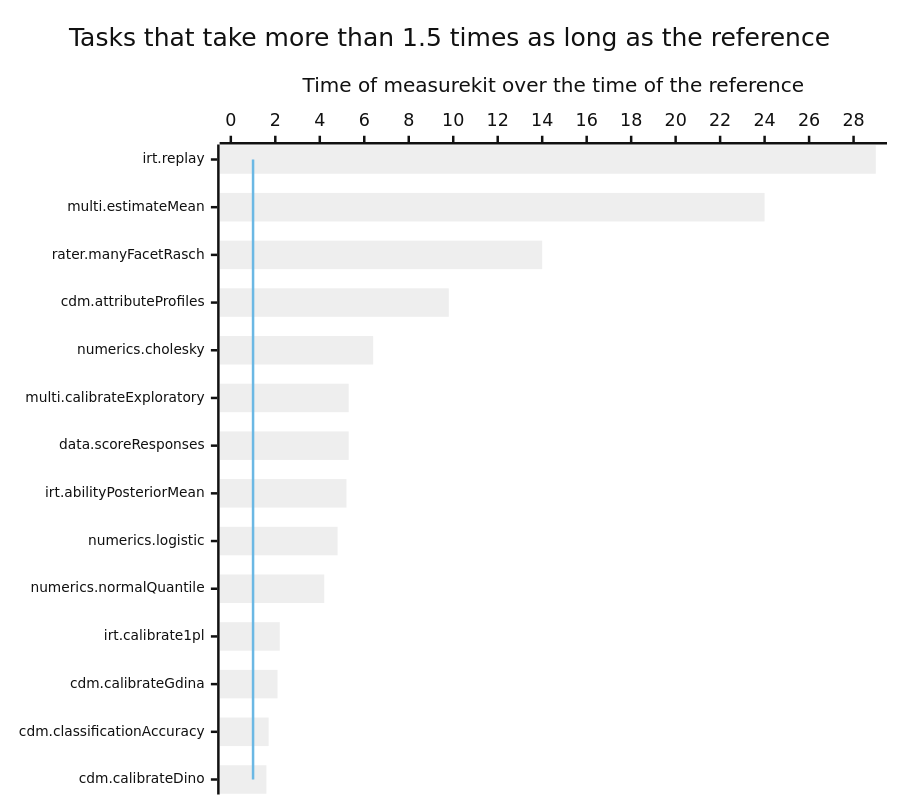
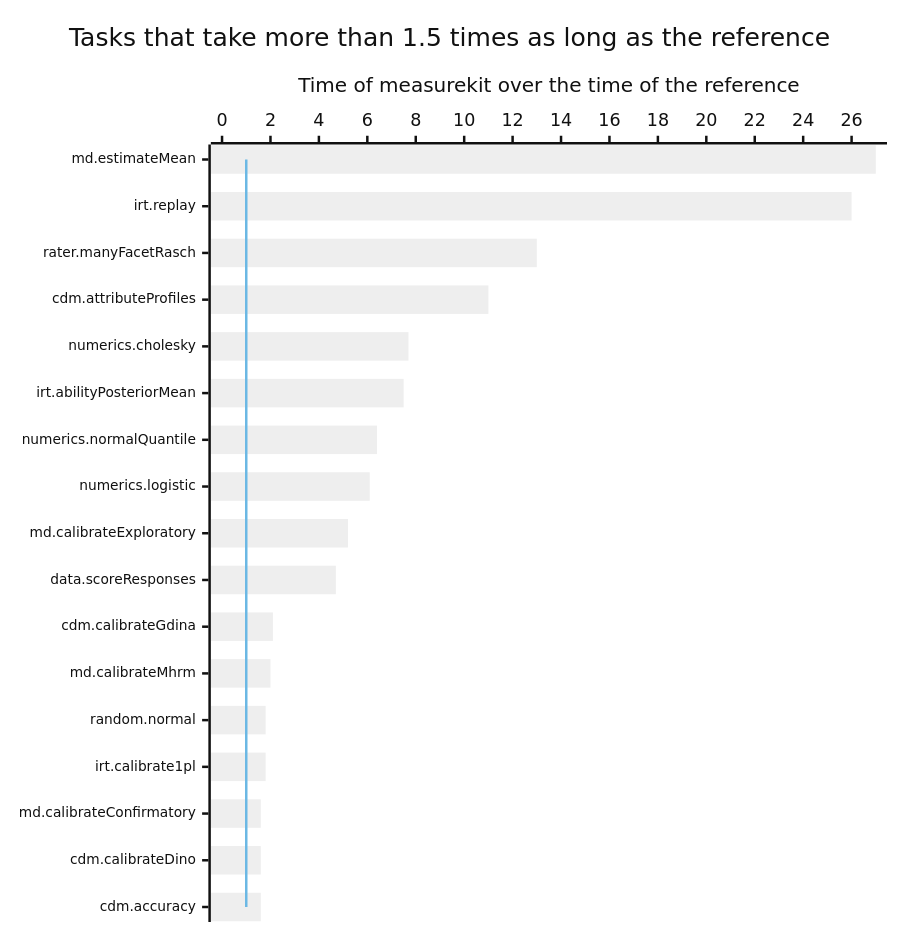
One commit to measurekit/measurekit changed the first of 11 diagrams in docs/performance.md. Above: the diagram before and after it, drawn with Mermaid (neutral theme). The commit also changed other lines of this file and 15 other files, not shown here.

````diff
--- a/docs/performance.md
+++ b/docs/performance.md
@@ -9,9 +9,9 @@
 ```mermaid
-%%{init: {"xyChart": {"height": 626, "xAxis": {"labelFontSize": 11}}}}%%
+%%{init: {"xyChart": {"height": 728, "xAxis": {"labelFontSize": 11}}}}%%
 xychart-beta horizontal
   title "Tasks that take more than 1.5 times as long as the reference"
-  x-axis ["irt.replay", "multi.estimateMean", "rater.manyFacetRasch", "cdm.attributeProfiles", "numerics.cholesky", "multi.calibrateExploratory", "data.scoreResponses", "irt.abilityPosteriorMean", "numerics.logistic", "numerics.normalQuantile", "irt.calibrate1pl", "cdm.calibrateGdina", "cdm.classificationAccuracy", "cdm.calibrateDino"]
-  y-axis "Time of measurekit over the time of the reference" 0 --> 29
-  bar [29, 24, 14, 9.8, 6.4, 5.3, 5.3, 5.2, 4.8, 4.2, 2.2, 2.1, 1.7, 1.6]
-  line [1, 1, 1, 1, 1, 1, 1, 1, 1, 1, 1, 1, 1, 1]
+  x-axis ["md.estimateMean", "irt.replay", "rater.manyFacetRasch", "cdm.attributeProfiles", "numerics.cholesky", "irt.abilityPosteriorMean", "numerics.normalQuantile", "numerics.logistic", "md.calibrateExploratory", "data.scoreResponses", "cdm.calibrateGdina", "md.calibrateMhrm", "random.normal", "irt.calibrate1pl", "md.calibrateConfirmatory", "cdm.calibrateDino", "cdm.accuracy"]
+  y-axis "Time of measurekit over the time of the reference" 0 --> 27
+  bar [27, 26, 13, 11, 7.7, 7.5, 6.4, 6.1, 5.2, 4.7, 2.1, 2, 1.8, 1.8, 1.6, 1.6, 1.6]
+  line [1, 1, 1, 1, 1, 1, 1, 1, 1, 1, 1, 1, 1, 1, 1, 1, 1]
 ```
````
